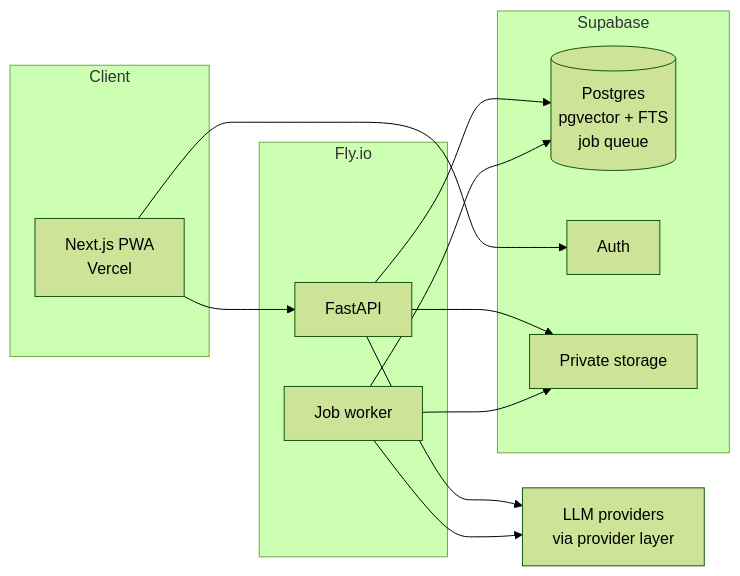
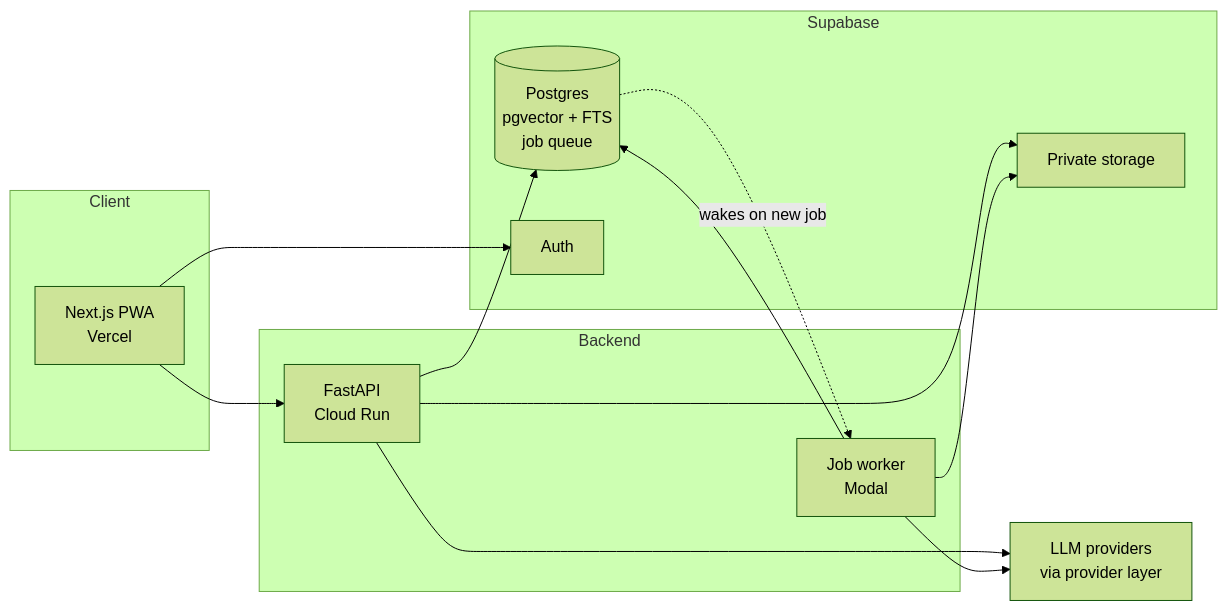
The diagram in docs/ROADMAP.md (RazerBlade6/Engram), drawn with Mermaid (forest theme) before and after one commit. The commit also changed other lines of this file and 1 other file, not shown here.

Commit message:
Docs: host the API on Cloud Run and the worker on Modal

````diff
--- a/docs/ROADMAP.md
+++ b/docs/ROADMAP.md
@@ -111,25 +111,26 @@
 ```mermaid
 flowchart LR
     subgraph Client
         W[Next.js PWA<br/>Vercel]
     end
-    subgraph Backend [Fly.io]
-        API[FastAPI]
-        WK[Job worker]
+    subgraph Backend
+        API[FastAPI<br/>Cloud Run]
+        WK[Job worker<br/>Modal]
     end
     subgraph Supabase
         PG[(Postgres<br/>pgvector + FTS<br/>job queue)]
         AU[Auth]
         ST[Private storage]
     end
     LLM[LLM providers<br/>via provider layer]
 
     W --> API
     W --> AU
     API --> PG
     API --> ST
     API --> LLM
     WK --> PG
     WK --> ST
     WK --> LLM
+    PG -. wakes on new job .-> WK
 ```
````
